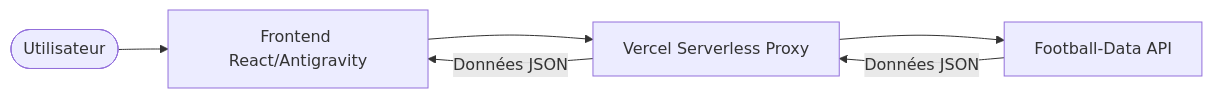
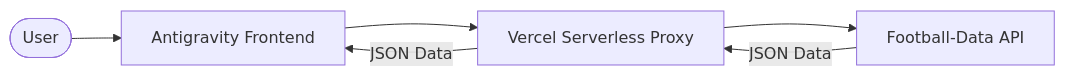
Before and after one commit to RomeoCavazza/dashboard: the diagram in README.md, drawn with Mermaid. The commit also changed other lines of this file, not shown here.

````diff
--- a/README.md
+++ b/README.md
@@ -163,8 +122,8 @@
 ```mermaid
 graph LR
-    User([Utilisateur]) --> UI[Frontend React/Antigravity]
+    User([User]) --> UI[Antigravity Frontend]
     UI --> Proxy[Vercel Serverless Proxy]
     Proxy --> API[Football-Data API]
-    API -- Données JSON --> Proxy
-    Proxy -- Données JSON --> UI
+    API -- JSON Data --> Proxy
+    Proxy -- JSON Data --> UI
 ```
````
